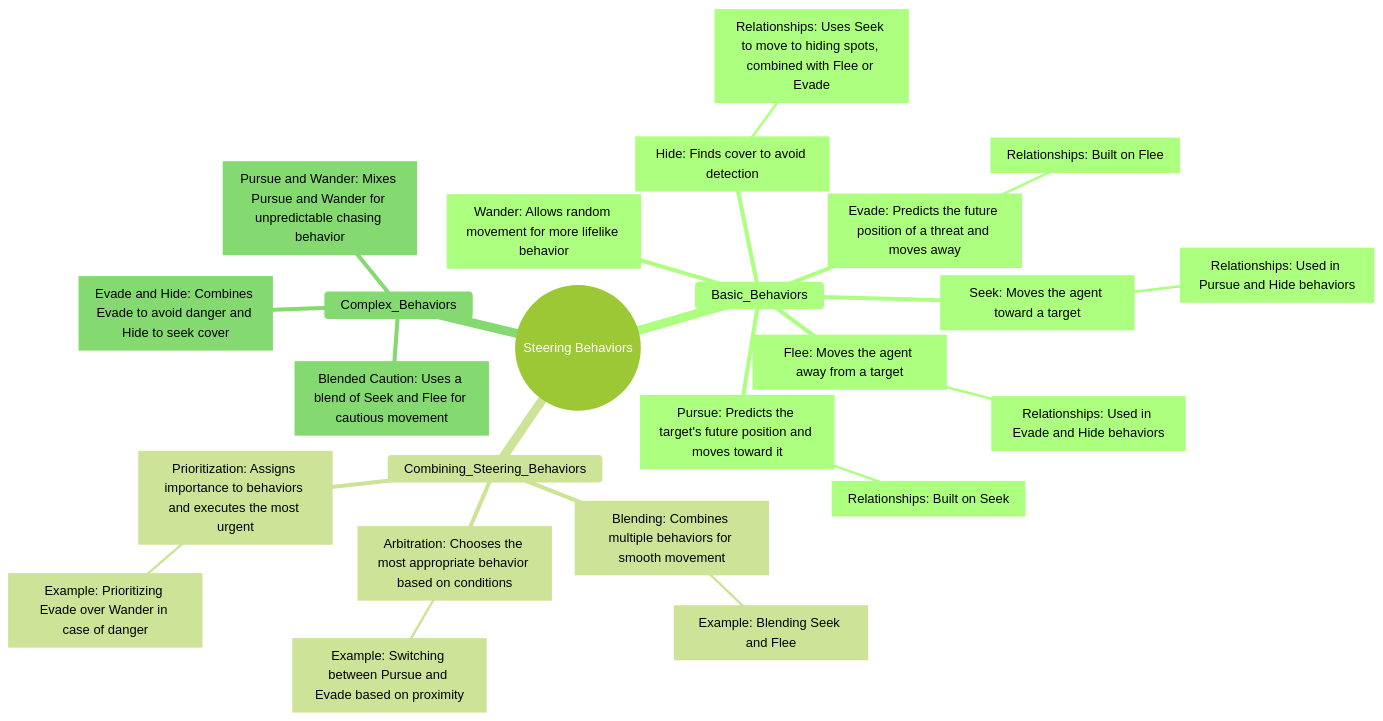
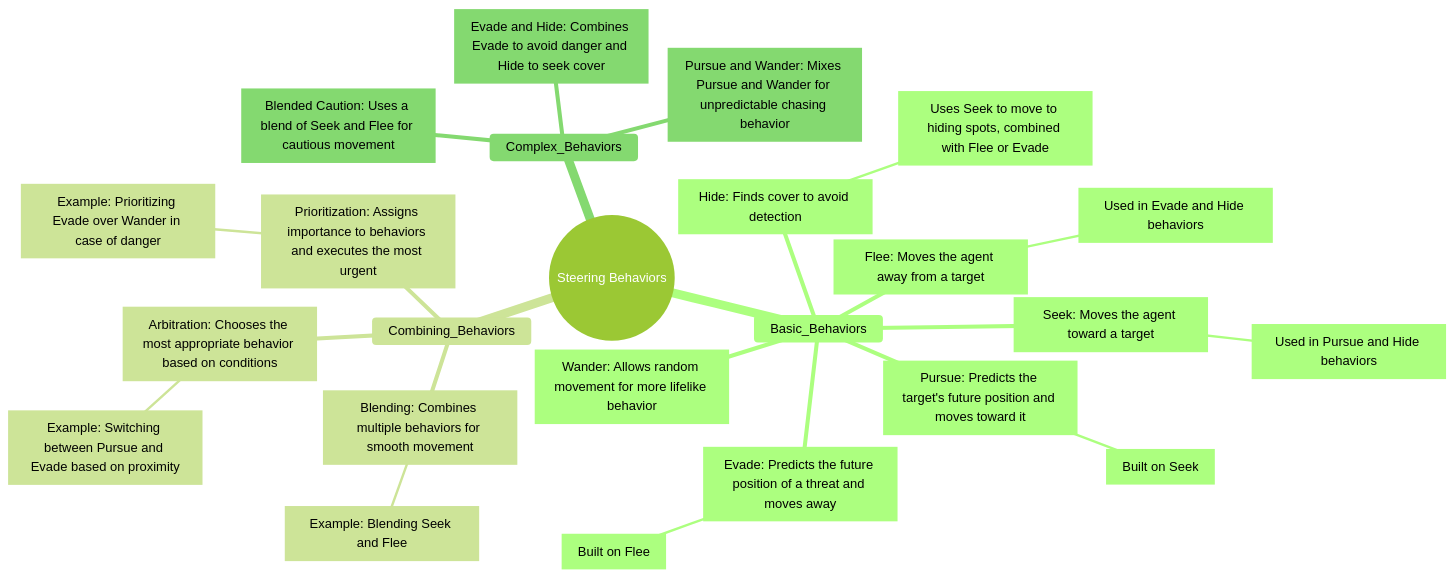
Before and after one commit to EjbejaranosAI/AI4VJ: the diagram in Labs/1_Pathfinding_and_navigation_labs/11_Patrolling and Wander/examples/README.md, drawn with Mermaid (forest theme).

````diff
--- a/Labs/1_Pathfinding_and_navigation_labs/11_Patrolling and Wander/examples/README.md
+++ b/Labs/1_Pathfinding_and_navigation_labs/11_Patrolling and Wander/examples/README.md
@@ -12,30 +12,30 @@
 ```mermaid
 mindmap
   root(("Steering Behaviors"))
     Basic_Behaviors
       Seek["Seek: Moves the agent toward a target"]
-        relationships["Relationships: Used in Pursue and Hide behaviors"]
+        relationships["Used in Pursue and Hide behaviors"]
       Flee["Flee: Moves the agent away from a target"]
-        relationships["Relationships: Used in Evade and Hide behaviors"]
+        relationships["Used in Evade and Hide behaviors"]
       Wander["Wander: Allows random movement for more lifelike behavior"]
       Pursue["Pursue: Predicts the target's future position and moves toward it"]
-        relationships["Relationships: Built on Seek"]
+        relationships["Built on Seek"]
       Evade["Evade: Predicts the future position of a threat and moves away"]
-        relationships["Relationships: Built on Flee"]
+        relationships["Built on Flee"]
       Hide["Hide: Finds cover to avoid detection"]
-        relationships["Relationships: Uses Seek to move to hiding spots, combined with Flee or Evade"]
+        relationships["Uses Seek to move to hiding spots, combined with Flee or Evade"]
 
-    Combining_Steering_Behaviors
+    Combining_Behaviors
       Blending["Blending: Combines multiple behaviors for smooth movement"]
         example["Example: Blending Seek and Flee"]
       Arbitration["Arbitration: Chooses the most appropriate behavior based on conditions"]
         example["Example: Switching between Pursue and Evade based on proximity"]
       Prioritization["Prioritization: Assigns importance to behaviors and executes the most urgent"]
         example["Example: Prioritizing Evade over Wander in case of danger"]
 
     Complex_Behaviors
       Evade_and_Hide["Evade and Hide: Combines Evade to avoid danger and Hide to seek cover"]
       Pursue_and_Wander["Pursue and Wander: Mixes Pursue and Wander for unpredictable chasing behavior"]
       Blended_Caution["Blended Caution: Uses a blend of Seek and Flee for cautious movement"]
 
 ```
````
